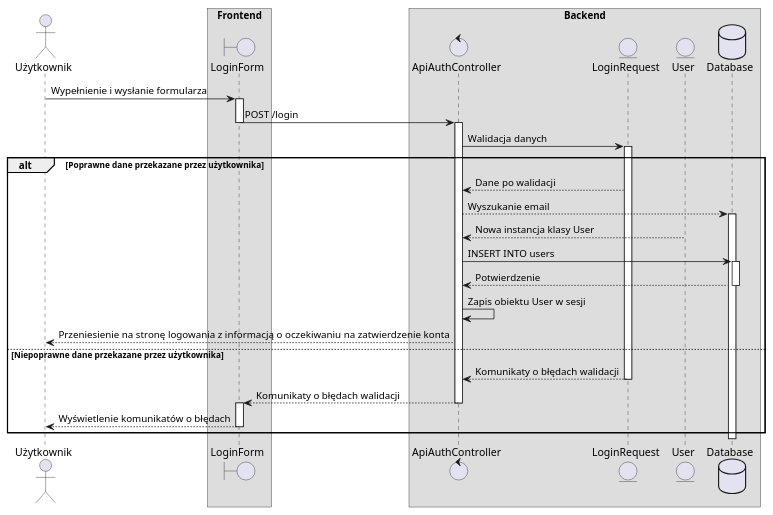
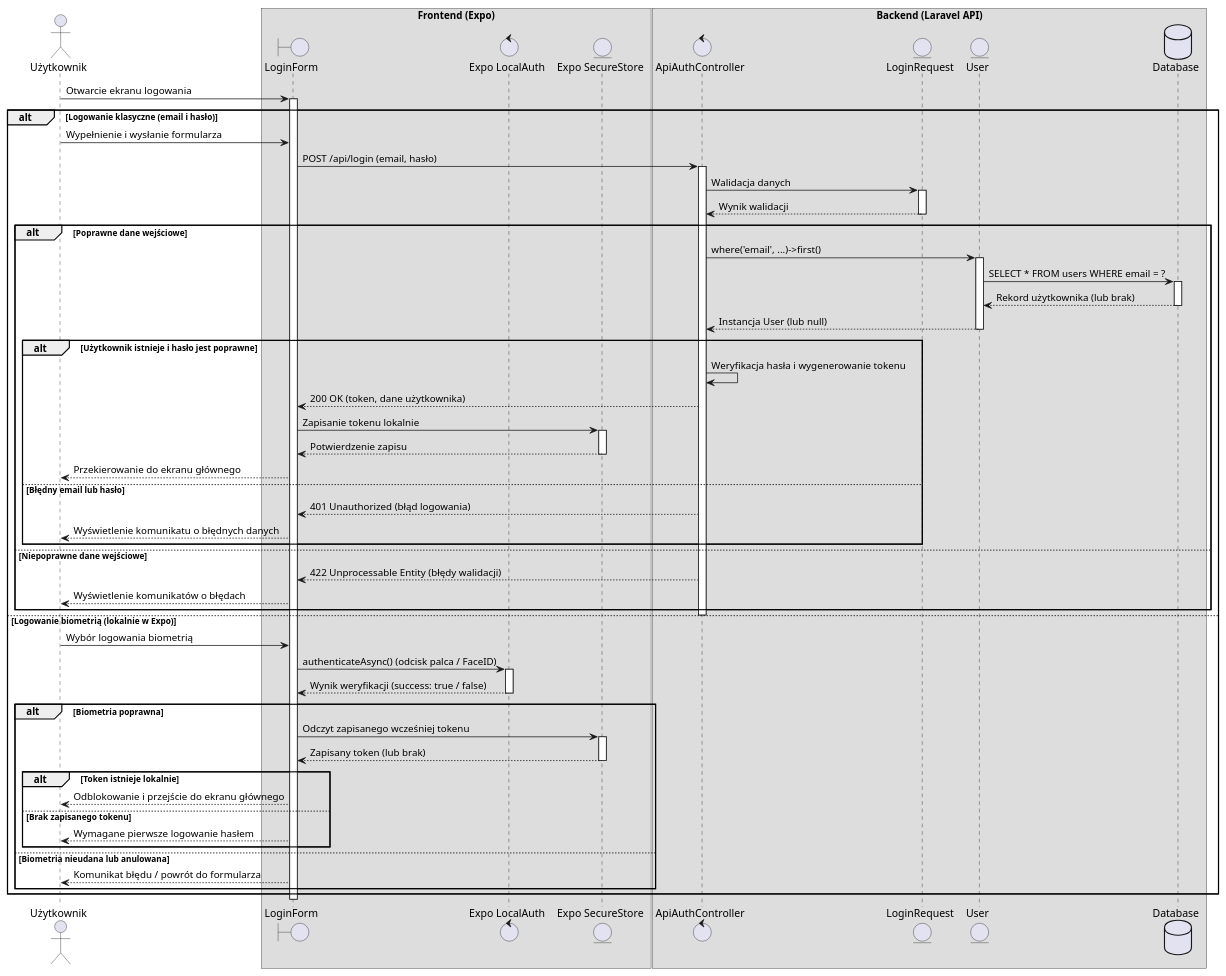
One commit to Tkapcer/SzafranQueue changed the diagram in Docs/sesje/Diagram sekwencji logowanie.puml. Above: the diagram before and after it, drawn with PlantUML.

Commit message:
Diagram sekwencji logowanie.puml

```diff
--- a/Docs/sesje/Diagram sekwencji logowanie.puml
+++ b/Docs/sesje/Diagram sekwencji logowanie.puml
@@ -1,46 +1,83 @@
 @startuml
 
 actor Użytkownik
 
-box "Frontend"
+box "Frontend (Expo)"
     boundary LoginForm
+    control "Expo LocalAuth" as LocalAuth
+    entity "Expo SecureStore" as SecureStore
 end box
 
-box "Backend"
+box "Backend (Laravel API)"
     control ApiAuthController
     entity LoginRequest
     entity User
     database Database
 end box
 
-Użytkownik -> LoginForm: Wypełnienie i wysłanie formularza
+Użytkownik -> LoginForm: Otwarcie ekranu logowania
 activate LoginForm
-LoginForm -> ApiAuthController: POST /login
+
+alt Logowanie klasyczne (email i hasło)
+    Użytkownik -> LoginForm: Wypełnienie i wysłanie formularza
+    LoginForm -> ApiAuthController: POST /api/login (email, hasło)
+    activate ApiAuthController
+
+    ApiAuthController -> LoginRequest: Walidacja danych
+    activate LoginRequest
+    LoginRequest --> ApiAuthController: Wynik walidacji
+    deactivate LoginRequest
+
+    alt Poprawne dane wejściowe
+        ApiAuthController -> User: where('email', ...)->first()
+        activate User
+        User -> Database: SELECT * FROM users WHERE email = ?
+        activate Database
+        Database --> User: Rekord użytkownika (lub brak)
+        deactivate Database
+        User --> ApiAuthController: Instancja User (lub null)
+        deactivate User
+
+        alt Użytkownik istnieje i hasło jest poprawne
+            ApiAuthController -> ApiAuthController: Weryfikacja hasła i wygenerowanie tokenu
+            ApiAuthController --> LoginForm: 200 OK (token, dane użytkownika)
+            LoginForm -> SecureStore: Zapisanie tokenu lokalnie
+            activate SecureStore
+            SecureStore --> LoginForm: Potwierdzenie zapisu
+            deactivate SecureStore
+            LoginForm --> Użytkownik: Przekierowanie do ekranu głównego
+        else Błędny email lub hasło
+            ApiAuthController --> LoginForm: 401 Unauthorized (błąd logowania)
+            LoginForm --> Użytkownik: Wyświetlenie komunikatu o błędnych danych
+        end
+    else Niepoprawne dane wejściowe
+        ApiAuthController --> LoginForm: 422 Unprocessable Entity (błędy walidacji)
+        LoginForm --> Użytkownik: Wyświetlenie komunikatów o błędach
+    end
+    deactivate ApiAuthController
+
+else Logowanie biometrią (lokalnie w Expo)
+    Użytkownik -> LoginForm: Wybór logowania biometrią
+    LoginForm -> LocalAuth: authenticateAsync() (odcisk palca / FaceID)
+    activate LocalAuth
+    LocalAuth --> LoginForm: Wynik weryfikacji (success: true / false)
+    deactivate LocalAuth
+
+    alt Biometria poprawna
+        LoginForm -> SecureStore: Odczyt zapisanego wcześniej tokenu
+        activate SecureStore
+        SecureStore --> LoginForm: Zapisany token (lub brak)
+        deactivate SecureStore
+
+        alt Token istnieje lokalnie
+            LoginForm --> Użytkownik: Odblokowanie i przejście do ekranu głównego
+        else Brak zapisanego tokenu
+            LoginForm --> Użytkownik: Wymagane pierwsze logowanie hasłem
+        end
+    else Biometria nieudana lub anulowana
+        LoginForm --> Użytkownik: Komunikat błędu / powrót do formularza
+    end
+end
+
 deactivate LoginForm
-activate ApiAuthController
-ApiAuthController -> LoginRequest: Walidacja danych
-activate LoginRequest
-
-alt Poprawne dane przekazane przez użytkownika
-    LoginRequest --> ApiAuthController: Dane po walidacji
-    ApiAuthController --> Database: Wyszukanie email
-    activate Database
-
-    User --> ApiAuthController: Nowa instancja klasy User
-    deactivate User
-    ApiAuthController -> Database: INSERT INTO users
-    activate Database
-    Database --> ApiAuthController: Potwierdzenie
-    deactivate Database
-    ApiAuthController -> ApiAuthController: Zapis obiektu User w sesji
-    ApiAuthController --> Użytkownik: Przeniesienie na stronę logowania z informacją o oczekiwaniu na zatwierdzenie konta
-else Niepoprawne dane przekazane przez użytkownika
-    LoginRequest --> ApiAuthController: Komunikaty o błędach walidacji
-    deactivate LoginRequest
-    ApiAuthController --> LoginForm: Komunikaty o błędach walidacji
-    deactivate ApiAuthController
-    activate LoginForm
-    LoginForm --> Użytkownik: Wyświetlenie komunikatów o błędach
-    deactivate LoginForm
-end
 @enduml
```
